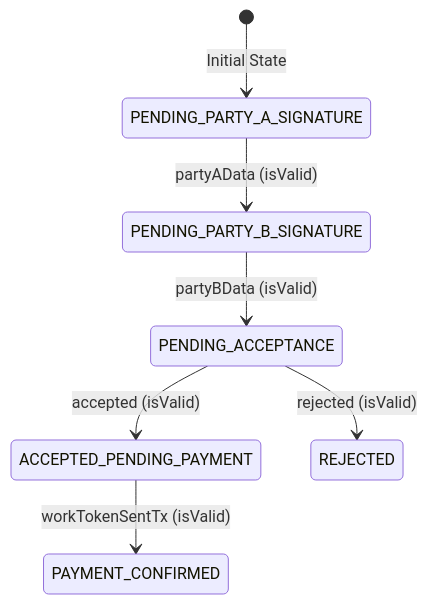
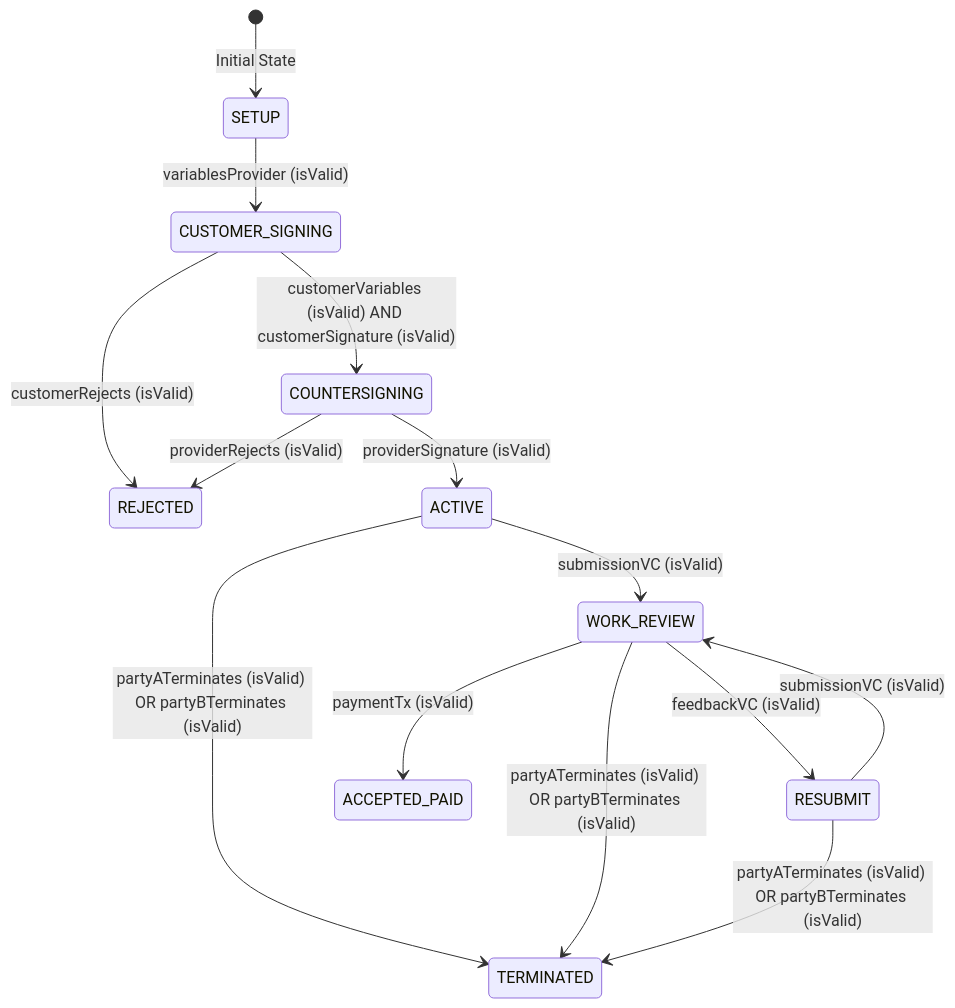
The diagram in lua-actor/src/test-data/grant-with-tx/README.md (Consensys-Network-State/signet-execution-prototype), drawn with Mermaid before and after one commit. The commit also changed 2 other files, not shown here.

Commit message:
More detailed end to end

````diff
--- a/lua-actor/src/test-data/grant-with-tx/README.md
+++ b/lua-actor/src/test-data/grant-with-tx/README.md
@@ -1,9 +1,16 @@
 ```mermaid
 stateDiagram-v2
-    [*] --> PENDING_PARTY_A_SIGNATURE: Initial State
-    PENDING_PARTY_A_SIGNATURE --> PENDING_PARTY_B_SIGNATURE: partyAData (isValid)
-    PENDING_PARTY_B_SIGNATURE --> PENDING_ACCEPTANCE: partyBData (isValid)
-    PENDING_ACCEPTANCE --> ACCEPTED_PENDING_PAYMENT: accepted (isValid)
-    PENDING_ACCEPTANCE --> REJECTED: rejected (isValid)
-    ACCEPTED_PENDING_PAYMENT --> PAYMENT_CONFIRMED: workTokenSentTx (isValid)
+    [*] --> SETUP: Initial State
+    SETUP --> CUSTOMER_SIGNING: variablesProvider (isValid)
+    CUSTOMER_SIGNING --> COUNTERSIGNING: customerVariables (isValid) AND customerSignature (isValid)
+    CUSTOMER_SIGNING --> REJECTED: customerRejects (isValid)
+    COUNTERSIGNING --> ACTIVE: providerSignature (isValid)
+    COUNTERSIGNING --> REJECTED: providerRejects (isValid)
+    ACTIVE --> WORK_REVIEW: submissionVC (isValid)
+    ACTIVE --> TERMINATED: partyATerminates (isValid) OR partyBTerminates (isValid)
+    WORK_REVIEW --> RESUBMIT: feedbackVC (isValid)
+    WORK_REVIEW --> ACCEPTED_PAID: paymentTx (isValid)
+    WORK_REVIEW --> TERMINATED: partyATerminates (isValid) OR partyBTerminates (isValid)
+    RESUBMIT --> WORK_REVIEW: submissionVC (isValid)
+    RESUBMIT --> TERMINATED: partyATerminates (isValid) OR partyBTerminates (isValid)
 ```
````
